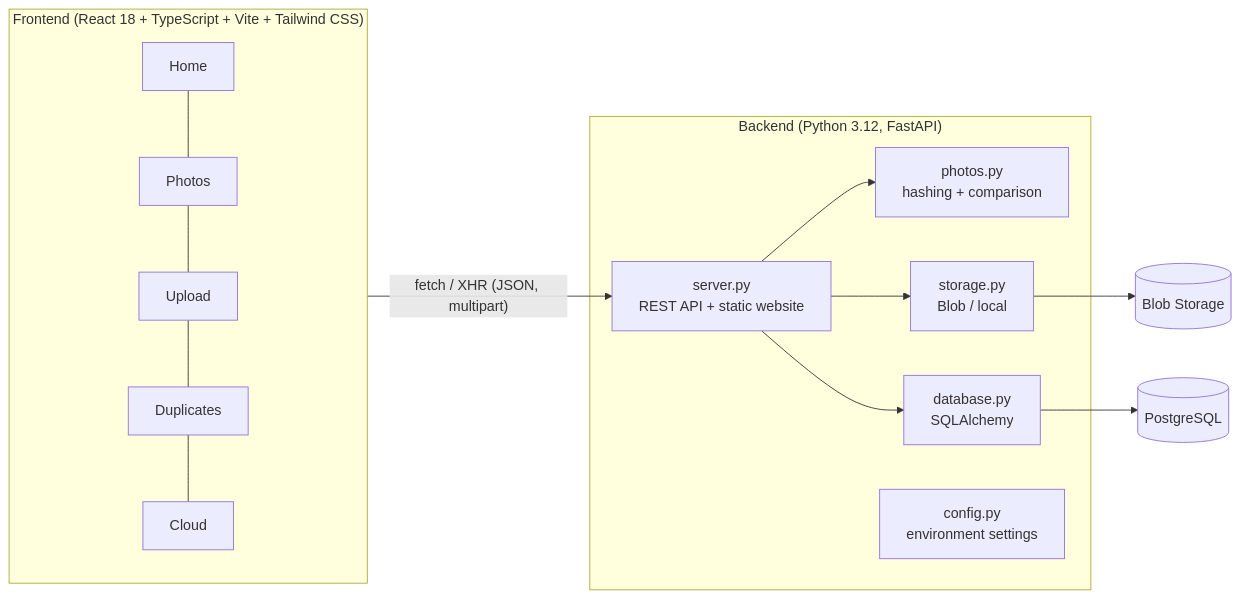
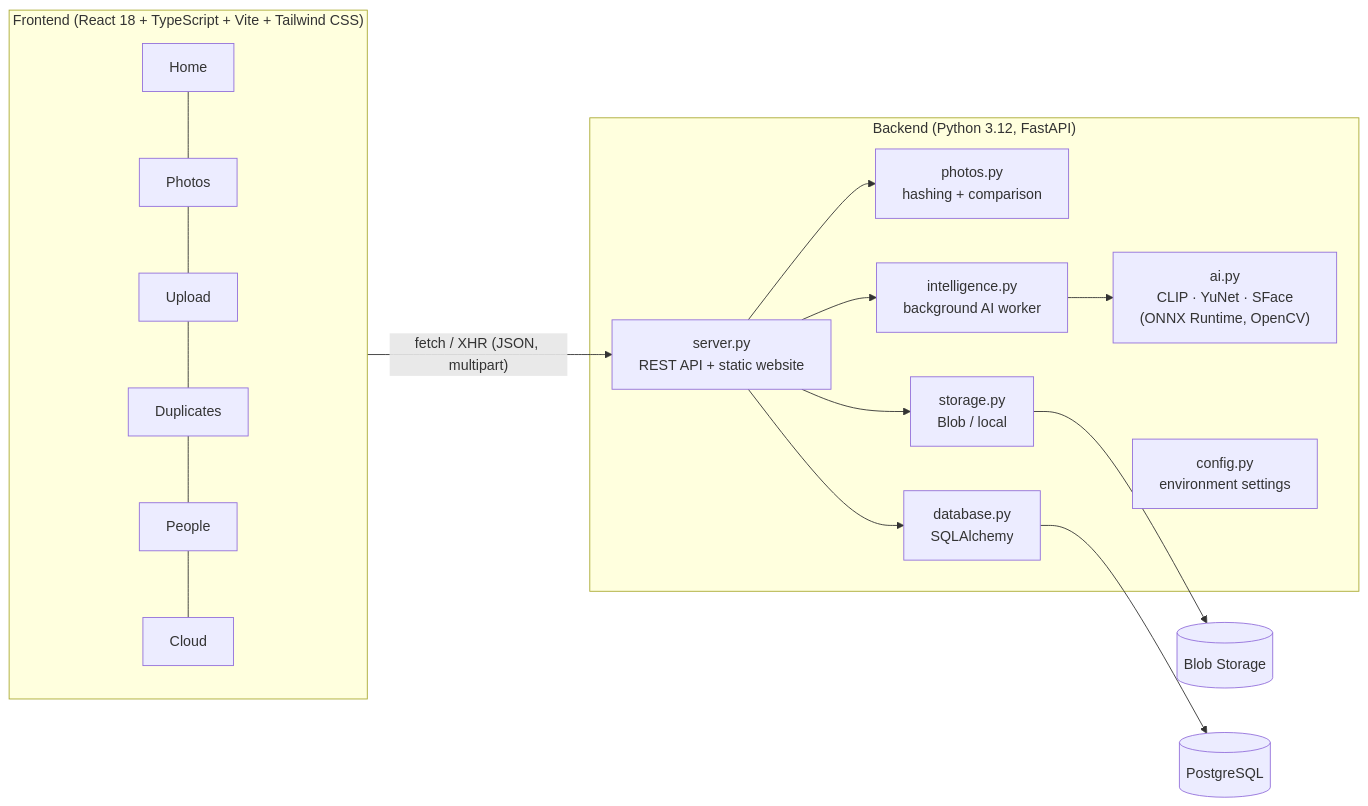
Before and after one commit to Arnav-Dugad/imagevault-ai: the second of 4 diagrams in docs/technical-design-document.md, drawn with Mermaid. The commit also changed other lines of this file and 36 other files, not shown here.

````diff
--- a/docs/technical-design-document.md
+++ b/docs/technical-design-document.md
@@ -116,17 +120,20 @@
 ```mermaid
 flowchart LR
     subgraph Frontend["Frontend (React 18 + TypeScript + Vite + Tailwind CSS)"]
-      P1["Home"] --- P2["Photos"] --- P3["Upload"] --- P4["Duplicates"] --- P5["Cloud"]
+      P1["Home"] --- P2["Photos"] --- P3["Upload"] --- P4["Duplicates"] --- P6["People"] --- P5["Cloud"]
     end
     subgraph Backend["Backend (Python 3.12, FastAPI)"]
       API["server.py<br/>REST API + static website"]
       PH["photos.py<br/>hashing + comparison"]
+      INT["intelligence.py<br/>background AI worker"]
+      AIM["ai.py<br/>CLIP · YuNet · SFace<br/>(ONNX Runtime, OpenCV)"]
       STO["storage.py<br/>Blob / local"]
       DBM["database.py<br/>SQLAlchemy"]
       CFG["config.py<br/>environment settings"]
     end
     Frontend -- "fetch / XHR (JSON, multipart)" --> API
-    API --> PH & STO & DBM
+    API --> PH & STO & DBM & INT
+    INT --> AIM
     STO --> BLOB[("Blob Storage")]
     DBM --> PG[("PostgreSQL")]
 ```
````
